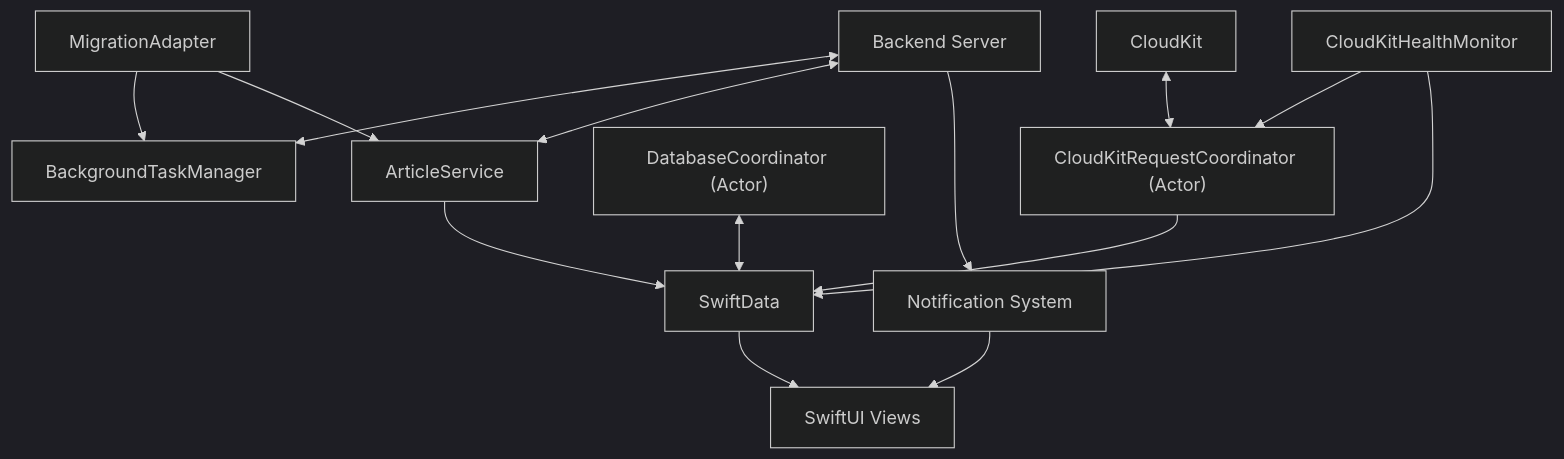
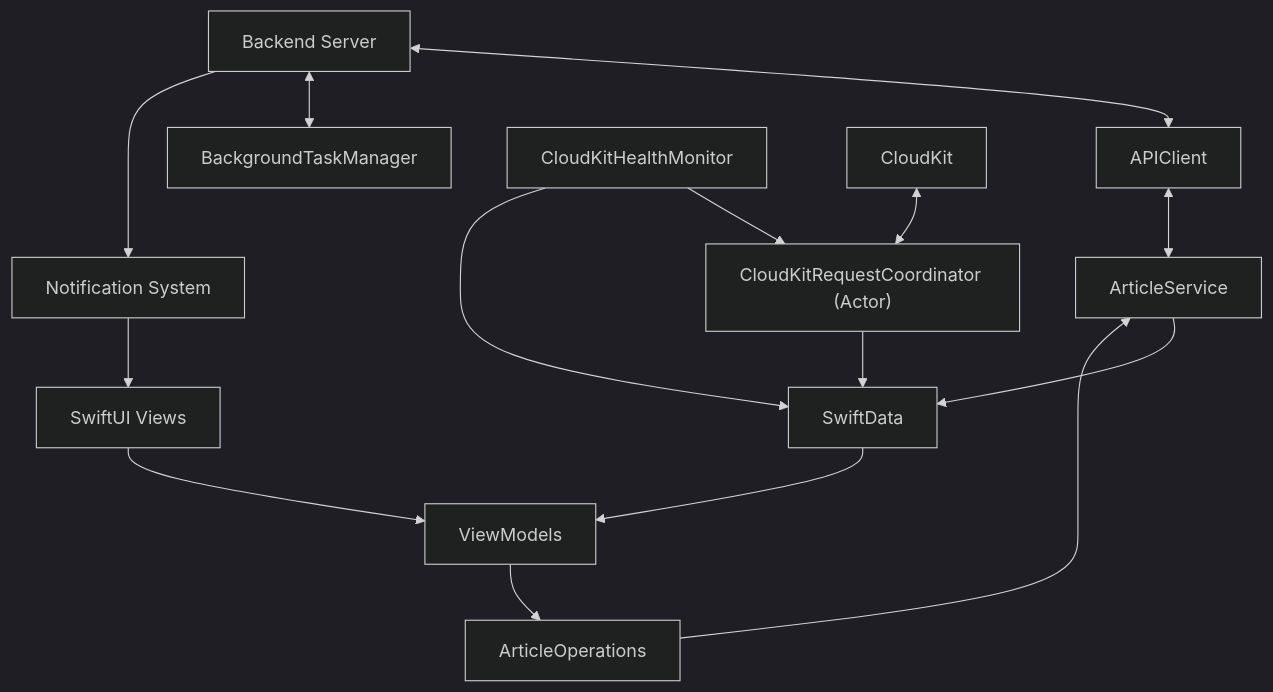
The first of 10 diagrams in memory-bank/systemPatterns.md (jeremyandrews/Argus-app), drawn with Mermaid (dark theme) before and after one commit. The commit also changed other lines of this file and 3 other files, not shown here.

````diff
--- a/memory-bank/systemPatterns.md
+++ b/memory-bank/systemPatterns.md
@@ -11,30 +11,32 @@
 ```mermaid
 flowchart TD
     Backend["Backend Server"]
     BGTaskManager["BackgroundTaskManager"]
+    ApiClient["APIClient"]
     ArticleSvc["ArticleService"]
-    MigAdapter["MigrationAdapter"]
-    DbCoord["DatabaseCoordinator (Actor)"]
+    ArticleOps["ArticleOperations"]
+    ViewModels["ViewModels"]
     LocalStorage["SwiftData"]
     NotificationSystem["Notification System"]
     UI["SwiftUI Views"]
     
     CloudKitHM["CloudKitHealthMonitor"]
     CloudKitRC["CloudKitRequestCoordinator (Actor)"]
     CloudKit["CloudKit"]
     
+    Backend <--> ApiClient
     Backend <--> BGTaskManager
-    Backend <--> ArticleSvc
-    MigAdapter --> BGTaskManager
-    MigAdapter --> ArticleSvc
+    ApiClient <--> ArticleSvc
     ArticleSvc --> LocalStorage
-    DbCoord <--> LocalStorage
-    LocalStorage --> UI
+    ArticleOps --> ArticleSvc
+    ViewModels --> ArticleOps
+    UI --> ViewModels
+    LocalStorage --> ViewModels
     Backend --> NotificationSystem
     NotificationSystem --> UI
     
     CloudKit <--> CloudKitRC
     CloudKitRC --> LocalStorage
     CloudKitHM --> CloudKitRC
     CloudKitHM --> LocalStorage
 ```
````
